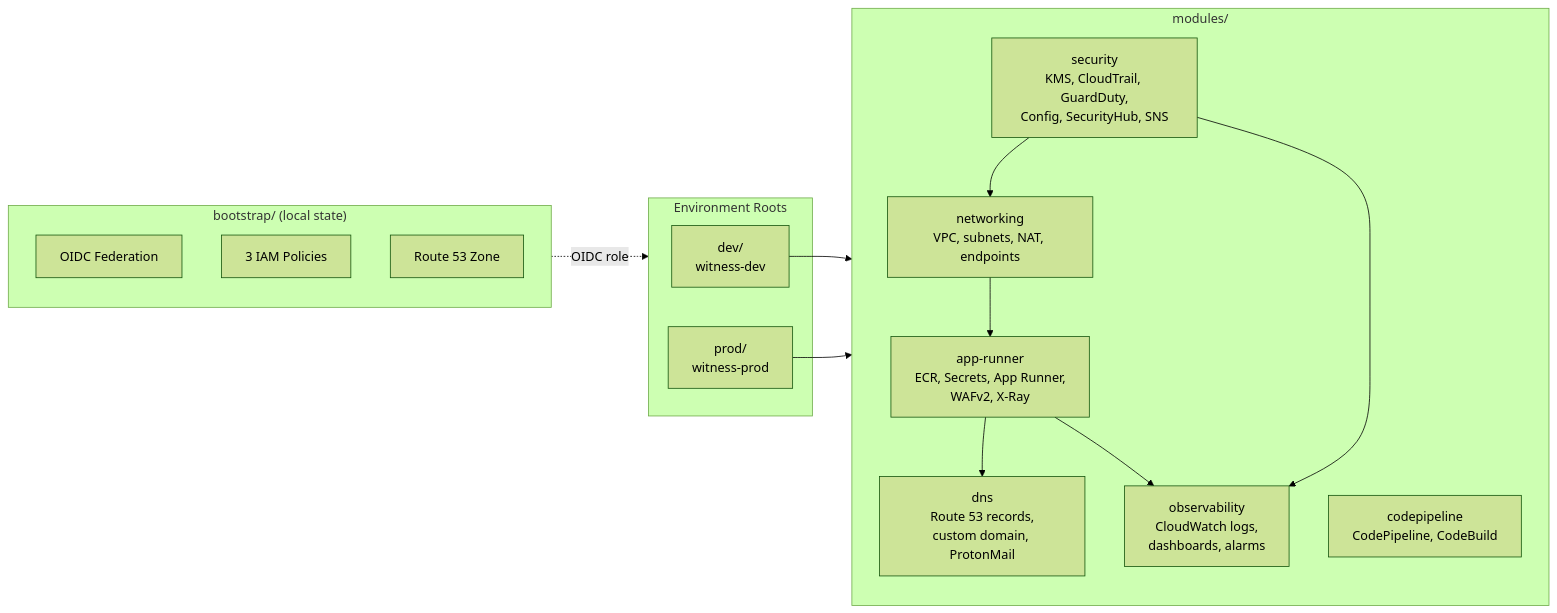
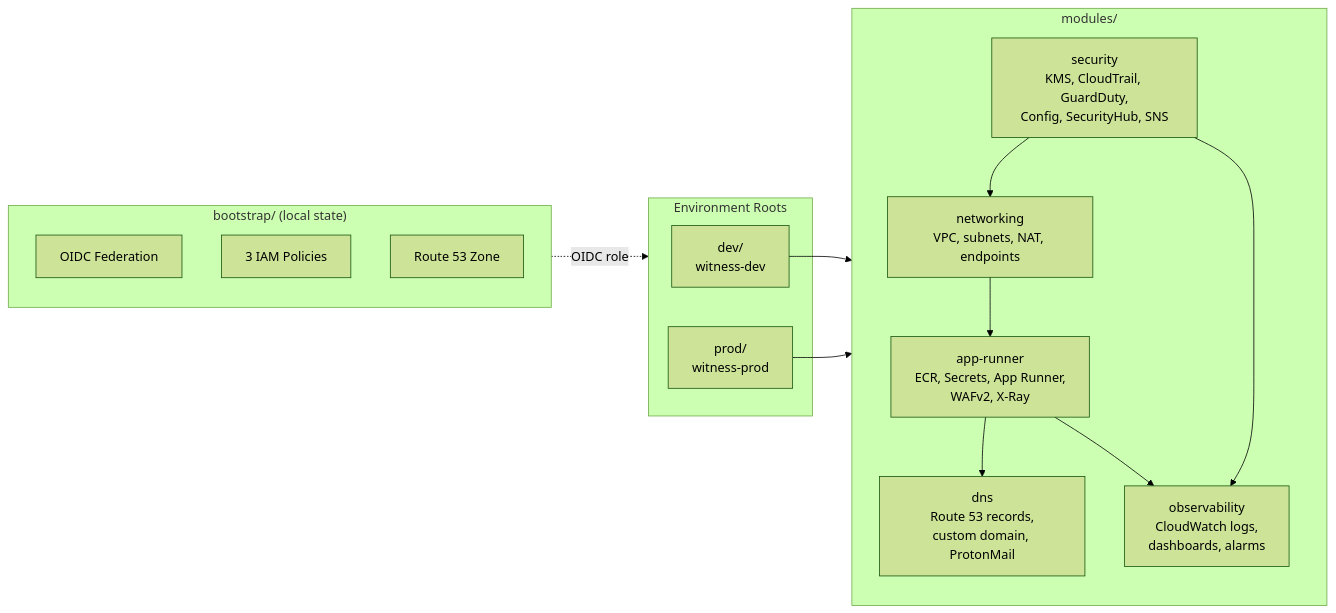
The second of 3 diagrams in README.md (borninthedark/witness), drawn with Mermaid (forest theme) before and after one commit. The commit also changed other lines of this file and 4 other files, not shown here.

````diff
--- a/README.md
+++ b/README.md
@@ -130,29 +141,28 @@
 ```mermaid
 graph LR
     subgraph Bootstrap["bootstrap/ (local state)"]
         OIDC["OIDC Federation"]
         IAM["3 IAM Policies"]
         R53Z["Route 53 Zone"]
     end
 
     subgraph Modules["modules/"]
         NET["networking<br/>VPC, subnets, NAT, endpoints"]
         SEC["security<br/>KMS, CloudTrail, GuardDuty,<br/>Config, SecurityHub, SNS"]
         APP["app-runner<br/>ECR, Secrets, App Runner,<br/>WAFv2, X-Ray"]
         DNS["dns<br/>Route 53 records,<br/>custom domain, ProtonMail"]
         OBS["observability<br/>CloudWatch logs,<br/>dashboards, alarms"]
-        CP["codepipeline<br/>CodePipeline, CodeBuild"]
     end
 
     subgraph Envs["Environment Roots"]
         DEV["dev/<br/>witness-dev"]
         PROD["prod/<br/>witness-prod"]
     end
 
     SEC --> NET --> APP --> DNS
     SEC --> OBS
     APP --> OBS
     DEV --> Modules
     PROD --> Modules
     Bootstrap -.->|OIDC role| Envs
 ```
````
